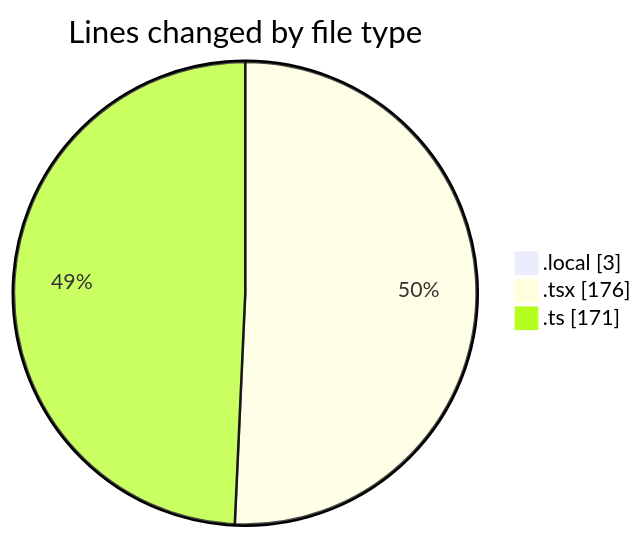
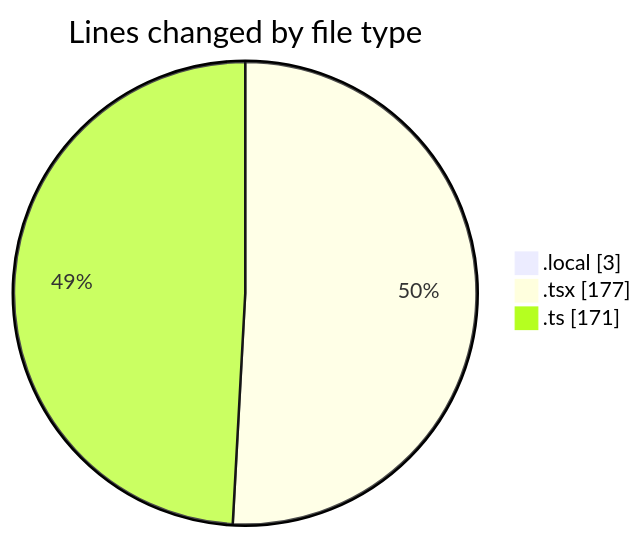
One commit to julien-gomy/code-tracking changed the first of 2 diagrams in 2025-11-20/eventscop-frontend-guide__workspace_/README.md. Above: the diagram before and after it, drawn with Mermaid. The commit also changed other lines of this file and 1 other file, not shown here.

````diff
--- a/2025-11-20/eventscop-frontend-guide__workspace_/README.md
+++ b/2025-11-20/eventscop-frontend-guide__workspace_/README.md
@@ -24,7 +25,7 @@
 ```mermaid
 pie showData
 title Lines changed by file type
 ".local" : 3
-".tsx" : 176
+".tsx" : 177
 ".ts" : 171
 ```
````
